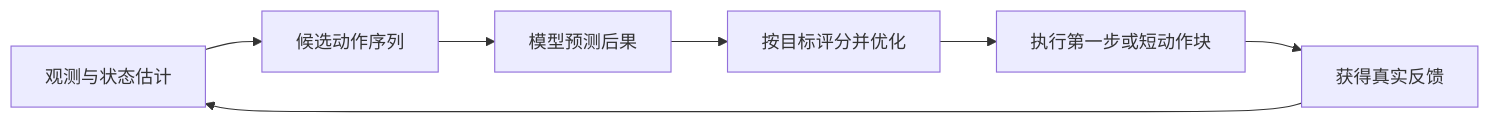
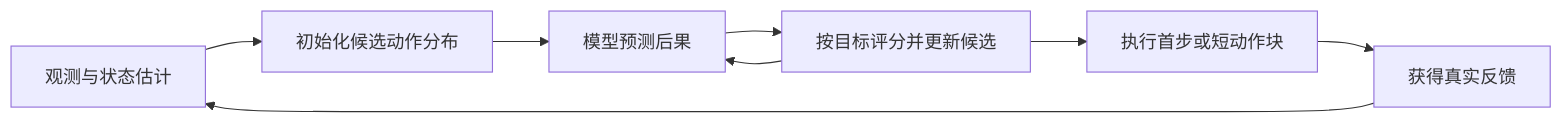
Before and after one commit to niuverse/llm-wiki: the diagram in wiki/concepts/ModelPredictiveControl.md, drawn with Mermaid. The commit also changed other lines of this file and 317 other files, not shown here.

````diff
--- a/wiki/concepts/ModelPredictiveControl.md
+++ b/wiki/concepts/ModelPredictiveControl.md
@@ -40,9 +43,10 @@
 ```mermaid
 flowchart LR
-  A[观测与状态估计] --> B[候选动作序列]
+  A[观测与状态估计] --> B[初始化候选动作分布]
   B --> C[模型预测后果]
-  C --> D[按目标评分并优化]
-  D --> E[执行第一步或短动作块]
+  C --> D[按目标评分并更新候选]
+  D --> C
+  D --> E[执行首步或短动作块]
   E --> F[获得真实反馈]
   F --> A
 ```
````
